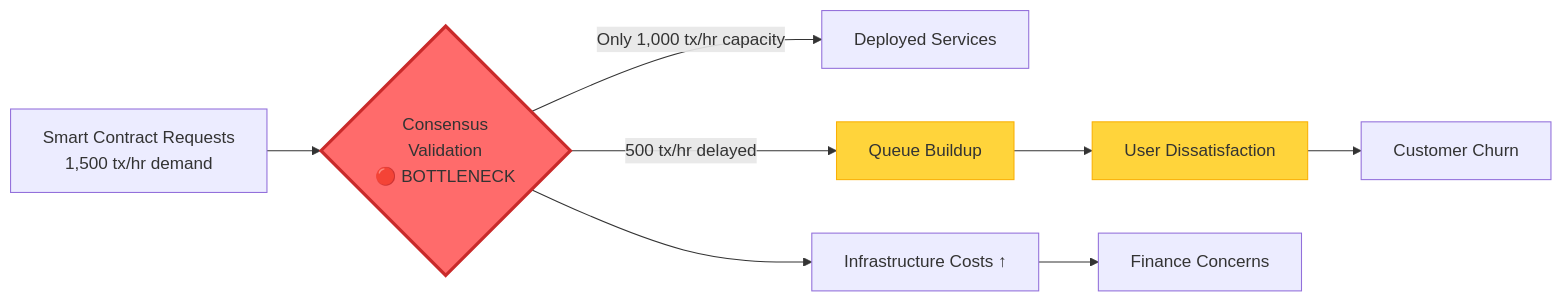
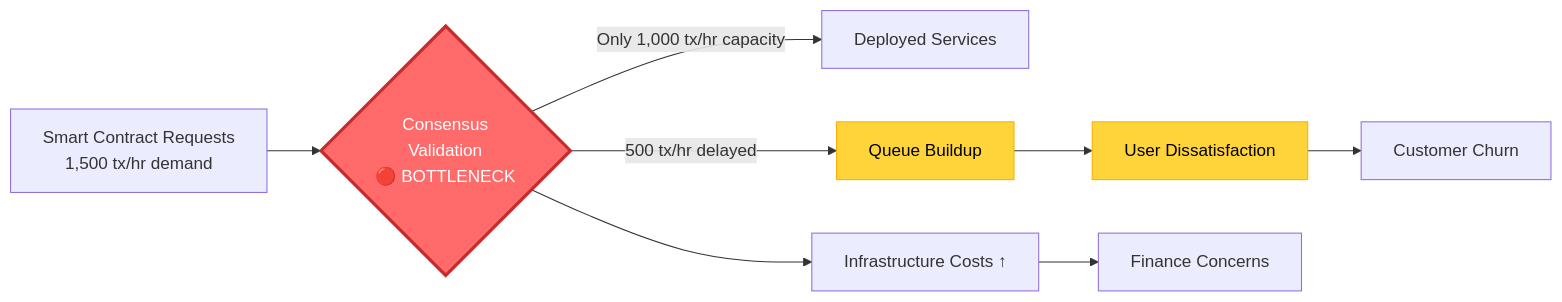
The sixth of 11 diagrams in Industry/Blockchain/Blockchain/ValueChain/QA_LinerScholarDeepResearch.md (ljg-cqu/knowledge), drawn with Mermaid before and after one commit. The commit also changed other lines of this file and 6 other files, not shown here.

````diff
--- a/Industry/Blockchain/Blockchain/ValueChain/QA_LinerScholarDeepResearch.md
+++ b/Industry/Blockchain/Blockchain/ValueChain/QA_LinerScholarDeepResearch.md
@@ -252,16 +252,16 @@
 ```mermaid
 flowchart LR
     A[Smart Contract Requests<br/>1,500 tx/hr demand] --> B{Consensus<br/>Validation<br/>🔴 BOTTLENECK}
     B --> |Only 1,000 tx/hr capacity| C[Deployed Services]
     B --> |500 tx/hr delayed| D[Queue Buildup]
     
     D --> E[User Dissatisfaction]
     E --> F[Customer Churn]
     
     B --> G[Infrastructure Costs ↑]
     G --> H[Finance Concerns]
     
-    style B fill:#ff6b6b,stroke:#c92a2a,stroke-width:3px
-    style D fill:#ffd43b,stroke:#fab005
-    style E fill:#ffd43b,stroke:#fab005
+    style B fill:#ff6b6b,stroke:#c92a2a,stroke-width:3px,color:#fff
+    style D fill:#ffd43b,stroke:#fab005,color:#000
+    style E fill:#ffd43b,stroke:#fab005,color:#000
 ```
````
